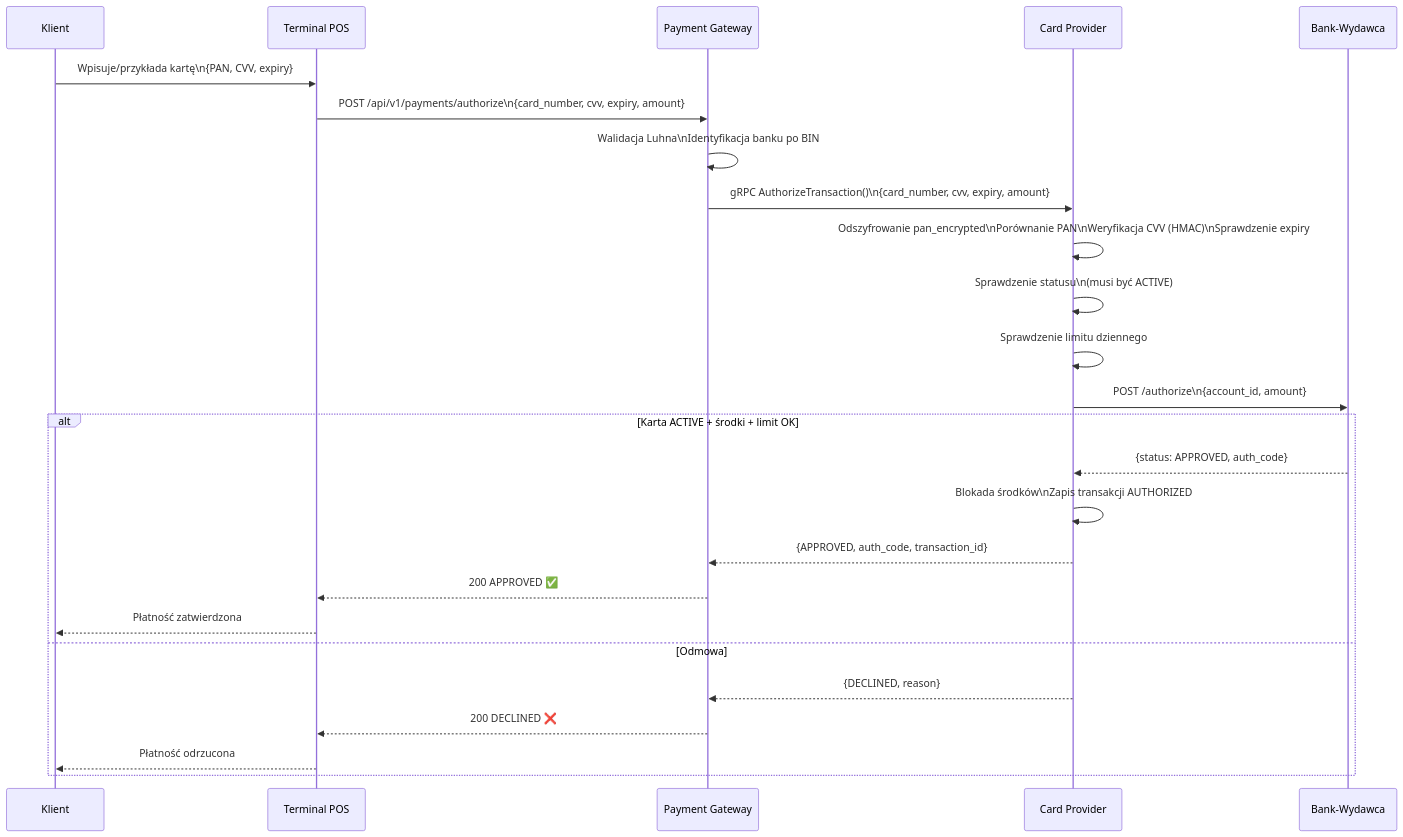
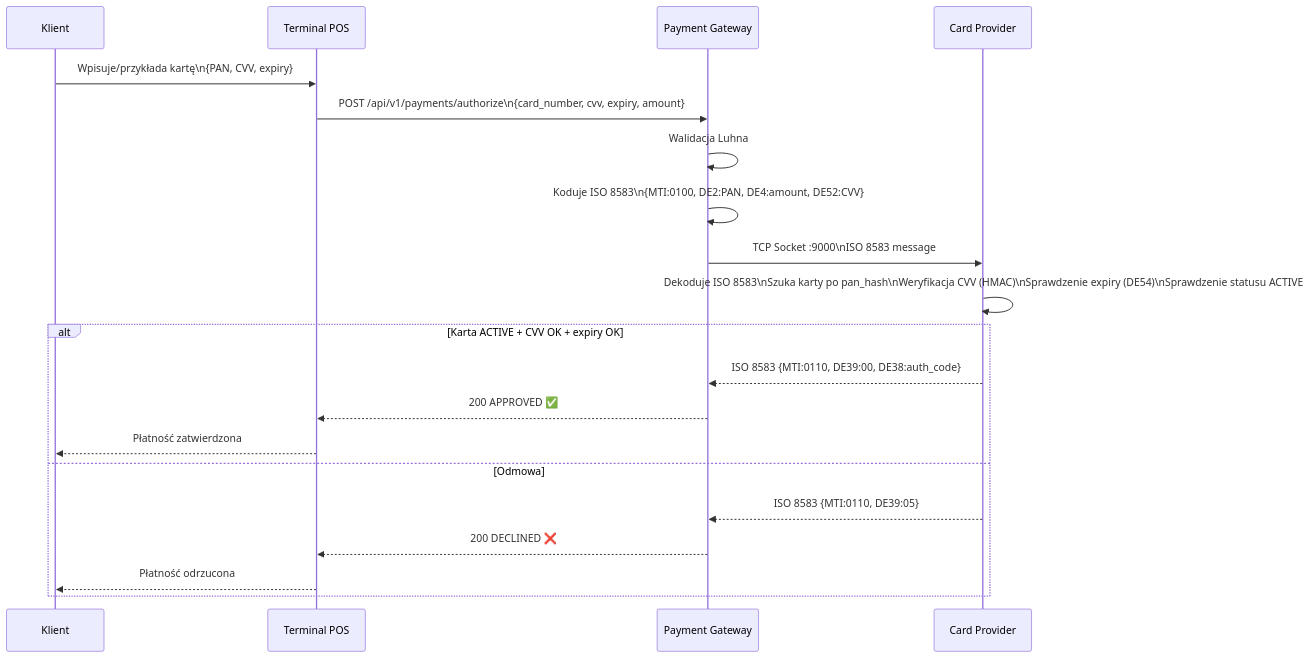
One commit to FilipSl3/Karty-Platnicze-Aplikacje-Biznesowe changed the fourth of 6 diagrams in README.md. Above: the diagram before and after it, drawn with Mermaid. The commit also changed other lines of this file and 3 other files, not shown here.

````diff
--- a/README.md
+++ b/README.md
@@ -311,28 +389,23 @@
 ```mermaid
 sequenceDiagram
     participant K as Klient
     participant T as Terminal POS
     participant GW as Payment Gateway
     participant CP as Card Provider
-    participant BANK as Bank-Wydawca
 
     K->>T: Wpisuje/przykłada kartę\n{PAN, CVV, expiry}
     T->>GW: POST /api/v1/payments/authorize\n{card_number, cvv, expiry, amount}
-    GW->>GW: Walidacja Luhna\nIdentyfikacja banku po BIN
-    GW->>CP: gRPC AuthorizeTransaction()\n{card_number, cvv, expiry, amount}
-    CP->>CP: Odszyfrowanie pan_encrypted\nPorównanie PAN\nWeryfikacja CVV (HMAC)\nSprawdzenie expiry
-    CP->>CP: Sprawdzenie statusu\n(musi być ACTIVE)
-    CP->>CP: Sprawdzenie limitu dziennego
-    CP->>BANK: POST /authorize\n{account_id, amount}
-    alt Karta ACTIVE + środki + limit OK
-        BANK-->>CP: {status: APPROVED, auth_code}
-        CP->>CP: Blokada środków\nZapis transakcji AUTHORIZED
-        CP-->>GW: {APPROVED, auth_code, transaction_id}
+    GW->>GW: Walidacja Luhna
+    GW->>GW: Koduje ISO 8583\n{MTI:0100, DE2:PAN, DE4:amount, DE52:CVV}
+    GW->>CP: TCP Socket :9000\nISO 8583 message
+    CP->>CP: Dekoduje ISO 8583\nSzuka karty po pan_hash\nWeryfikacja CVV (HMAC)\nSprawdzenie expiry (DE54)\nSprawdzenie statusu ACTIVE
+    alt Karta ACTIVE + CVV OK + expiry OK
+        CP-->>GW: ISO 8583 {MTI:0110, DE39:00, DE38:auth_code}
         GW-->>T: 200 APPROVED ✅
         T-->>K: Płatność zatwierdzona
     else Odmowa
-        CP-->>GW: {DECLINED, reason}
+        CP-->>GW: ISO 8583 {MTI:0110, DE39:05}
         GW-->>T: 200 DECLINED ❌
         T-->>K: Płatność odrzucona
     end
 ```
````
